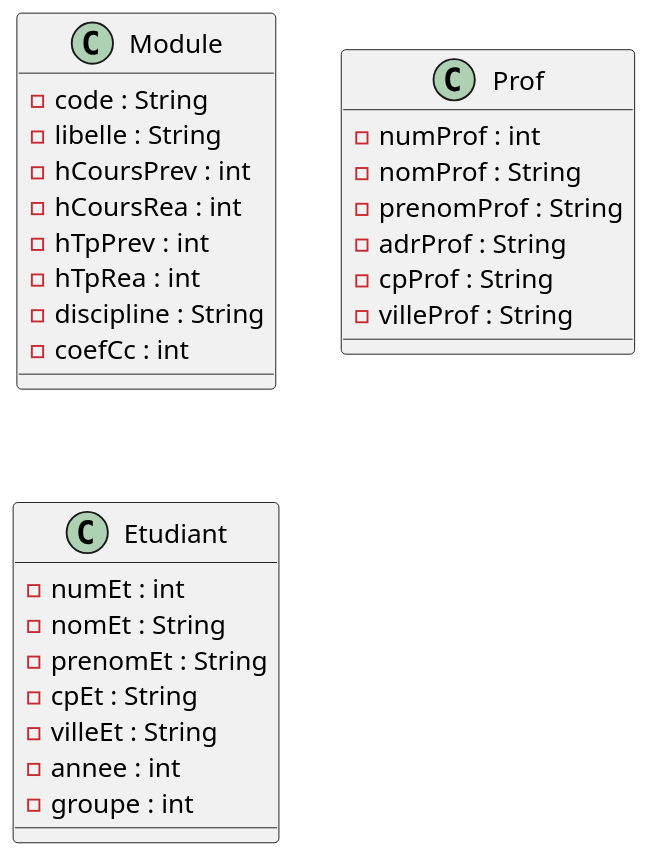
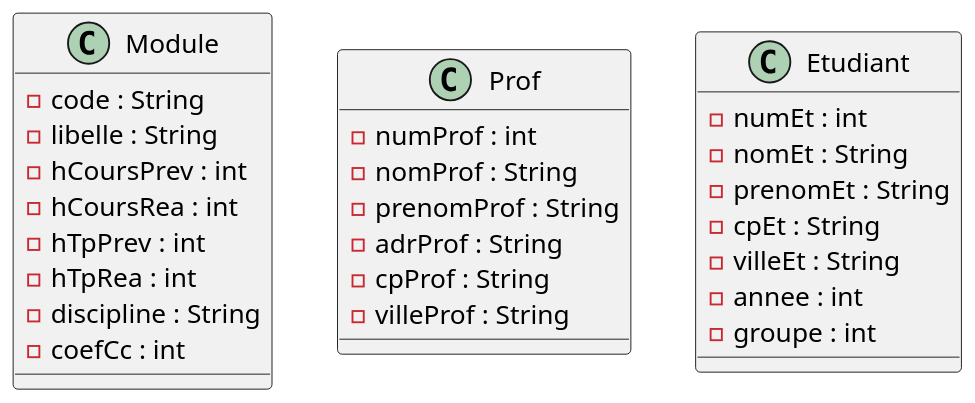
The diagram in src/main/resources/assets/ClassesMetier.puml (IUTInfoAix-M3106/TpJdbc), drawn with PlantUML before and after one commit.

Commit message:
Correction mineure

```diff
--- a/src/main/resources/assets/ClassesMetier.puml
+++ b/src/main/resources/assets/ClassesMetier.puml
@@ -1,33 +1,36 @@
 @startuml
 scale 1.5
 
 class Module{
 -code : String
 -libelle : String
 -hCoursPrev : int
 -hCoursRea : int
 -hTpPrev : int
 -hTpRea : int
 -discipline : String
 -coefCc : int
 }
 
 class Prof{
 -numProf : int
 -nomProf : String
 -prenomProf : String
 -adrProf : String
 -cpProf : String
 -villeProf : String
 }
 
 class Etudiant{
 -numEt : int
 -nomEt : String
 -prenomEt : String
 -cpEt : String
 -villeEt : String
 -annee : int
 -groupe : int
 }
+
+Module -[hidden]> Prof
+Prof -[hidden]> Etudiant
 @enduml
```
